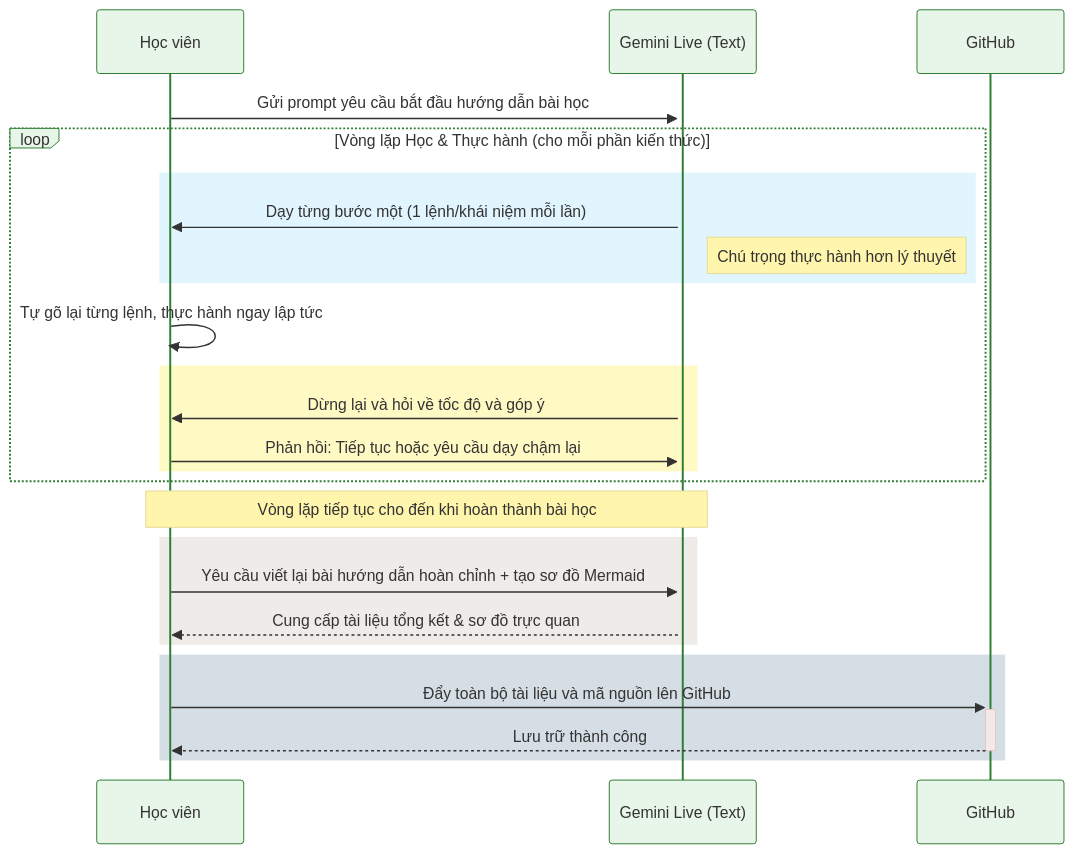
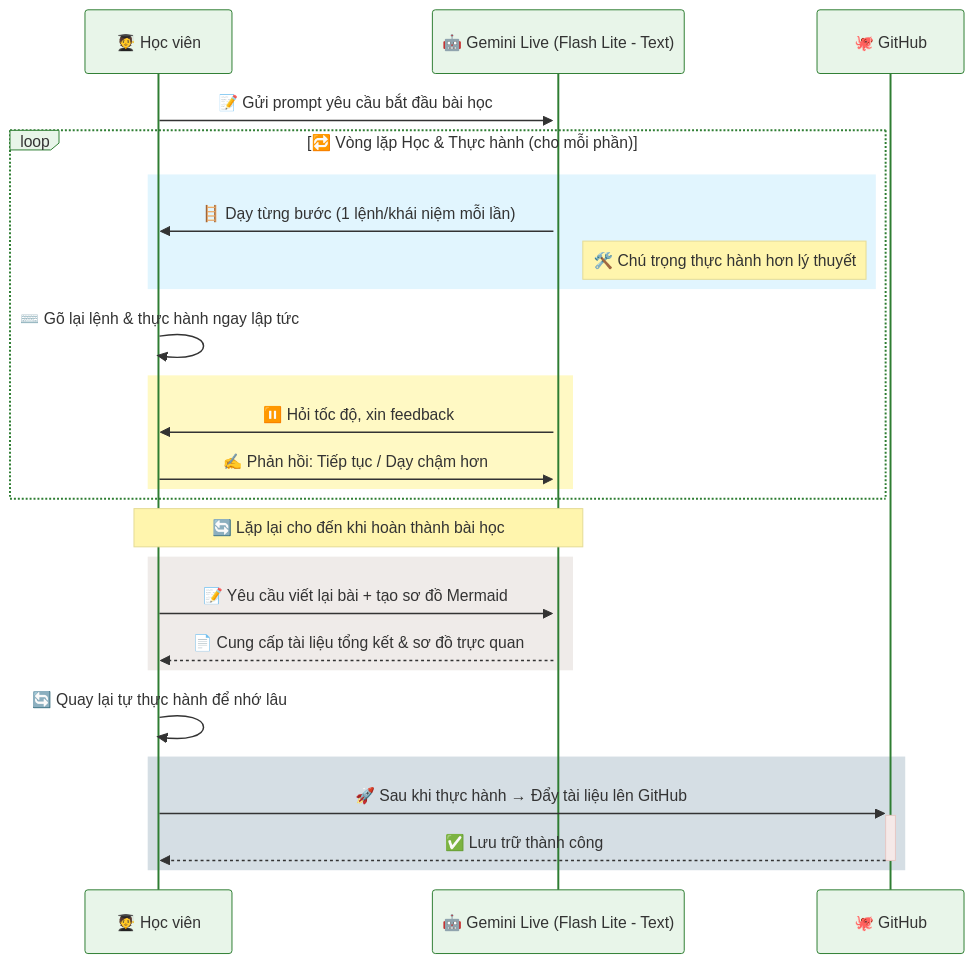
Before and after one commit to khanhnk-phuctho/lifelong-learning: the third of 5 diagrams in README.md, drawn with Mermaid. The commit also changed other lines of this file, not shown here.

````diff
--- a/README.md
+++ b/README.md
@@ -155,47 +162,49 @@
 ```mermaid
 %%{
   init: {
     "theme": "base",
     "themeVariables": {
       "background": "#f5f5f5",
       "primaryColor": "#e8f5e9",
       "actorBorder": "#2e7d32",
       "messageTextColor": "#1b5e20"
     }
   }
 }%%
 sequenceDiagram
-    participant HV as Học viên
-    participant GL as Gemini Live (Text)
-    participant GH as GitHub
+    participant HV as 🧑‍🎓 Học viên
+    participant GL as 🤖 Gemini Live (Flash Lite - Text)
+    participant GH as 🐙 GitHub
 
-    HV->>+GL: Gửi prompt yêu cầu bắt đầu hướng dẫn bài học
+    HV->>+GL: 📝 Gửi prompt yêu cầu bắt đầu bài học
 
-    loop Vòng lặp Học & Thực hành (cho mỗi phần kiến thức)
+    loop 🔁 Vòng lặp Học & Thực hành (cho mỗi phần)
         
         rect rgb(225, 245, 254)
-            GL->>HV: Dạy từng bước một (1 lệnh/khái niệm mỗi lần)
-            Note right of GL: Chú trọng thực hành hơn lý thuyết
+            GL->>HV: 🪜 Dạy từng bước (1 lệnh/khái niệm mỗi lần)
+            Note right of GL: 🛠️ Chú trọng thực hành hơn lý thuyết
         end
 
-        HV->>HV: Tự gõ lại từng lệnh, thực hành ngay lập tức
+        HV->>HV: ⌨️ Gõ lại lệnh & thực hành ngay lập tức
 
         rect rgb(255, 249, 196)
-            GL->>HV: Dừng lại và hỏi về tốc độ và góp ý
-            HV->>GL: Phản hồi: Tiếp tục hoặc yêu cầu dạy chậm lại
+            GL->>HV: ⏸️ Hỏi tốc độ, xin feedback
+            HV->>GL: ✍️ Phản hồi: Tiếp tục / Dạy chậm hơn
         end
 
     end
     
-    Note over HV,GL: Vòng lặp tiếp tục cho đến khi hoàn thành bài học
+    Note over HV,GL: 🔄 Lặp lại cho đến khi hoàn thành bài học
 
     rect rgb(239, 235, 233)
-        HV->>GL: Yêu cầu viết lại bài hướng dẫn hoàn chỉnh + tạo sơ đồ Mermaid
-        GL-->>HV: Cung cấp tài liệu tổng kết & sơ đồ trực quan
+        HV->>GL: 📝 Yêu cầu viết lại bài + tạo sơ đồ Mermaid
+        GL-->>HV: 📄 Cung cấp tài liệu tổng kết & sơ đồ trực quan
     end
 
+    HV->>HV: 🔄 Quay lại tự thực hành để nhớ lâu
+
     rect rgb(213, 222, 228)
-        HV->>+GH: Đẩy toàn bộ tài liệu và mã nguồn lên GitHub
-        GH-->>-HV: Lưu trữ thành công
+        HV->>+GH: 🚀 Sau khi thực hành → Đẩy tài liệu lên GitHub
+        GH-->>-HV: ✅ Lưu trữ thành công
     end
 ```
````
